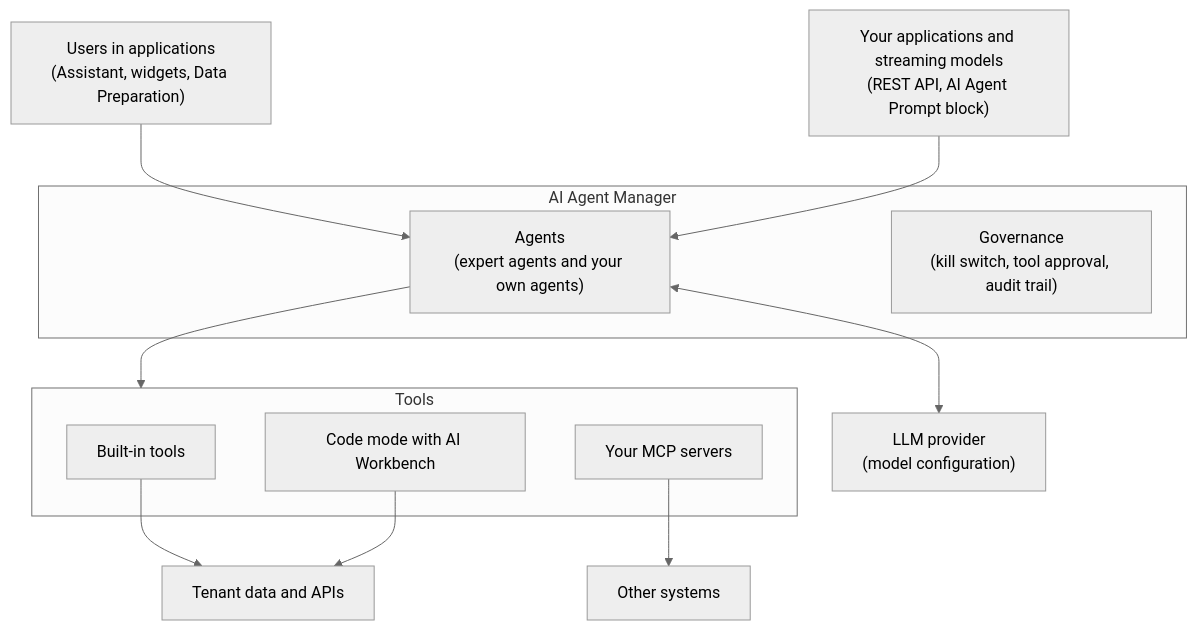
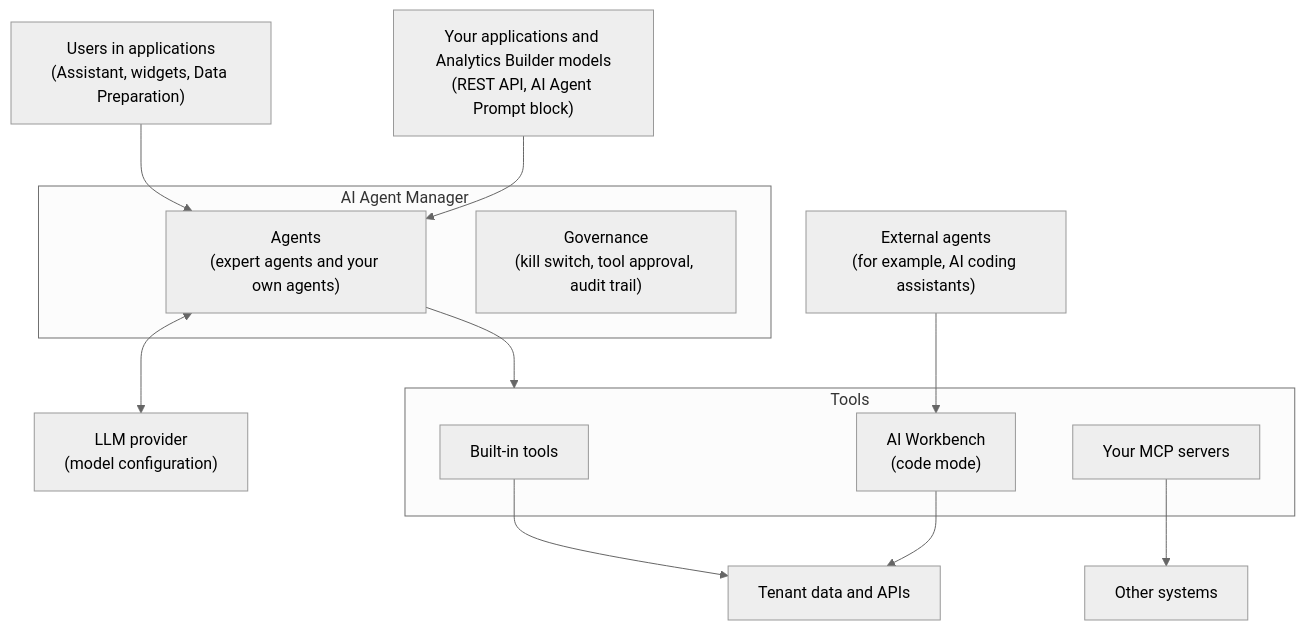
One commit to Cumulocity-IoT/c8y-docs changed the diagram in content/ai-intro/ai-overview.md. Above: the diagram before and after it, drawn with Mermaid (neutral theme). The commit also changed other lines of this file and 6 other files, not shown here.

````diff
--- a/content/ai-intro/ai-overview.md
+++ b/content/ai-intro/ai-overview.md
@@ -34,24 +36,26 @@
 ```mermaid
 flowchart TB
-    users["Users in applications<br/>(Assistant, widgets, Data Preparation)"]
-    apps["Your applications and streaming models<br/>(REST API, AI Agent Prompt block)"]
-    subgraph aim["AI Agent Manager"]
-        agents["Agents<br/>(expert agents and your own agents)"]
-        controls["Governance<br/>(kill switch, tool approval, audit trail)"]
-    end
-    llm["LLM provider<br/>(model configuration)"]
-    subgraph tools["Tools"]
-        builtin["Built-in tools"]
-        codemode["Code mode with AI Workbench"]
-        mcp["Your MCP servers"]
-    end
-    data["Tenant data and APIs"]
-    external["Other systems"]
-    users --> agents
-    apps --> agents
-    agents <--> llm
-    agents --> tools
-    builtin --> data
-    codemode --> data
-    mcp --> external
+  users["Users in applications<br/>(Assistant, widgets, Data Preparation)"]
+  apps["Your applications and Analytics Builder models<br/>(REST API, AI Agent Prompt block)"]
+  external["External agents<br/>(for example, AI coding assistants)"]
+  subgraph aim["AI Agent Manager"]
+    agents["Agents<br/>(expert agents and your own agents)"]
+    controls["Governance<br/>(kill switch, tool approval, audit trail)"]
+  end
+  llm["LLM provider<br/>(model configuration)"]
+  subgraph tools["Tools"]
+    builtin["Built-in tools"]
+    codemode["AI Workbench<br/>(code mode)"]
+    mcp["Your MCP servers"]
+  end
+  data["Tenant data and APIs"]
+  other["Other systems"]
+  users --> agents
+  apps --> agents
+  external --> codemode
+  agents <--> llm
+  agents --> tools
+  builtin --> data
+  codemode --> data
+  mcp --> other
 ```
````
